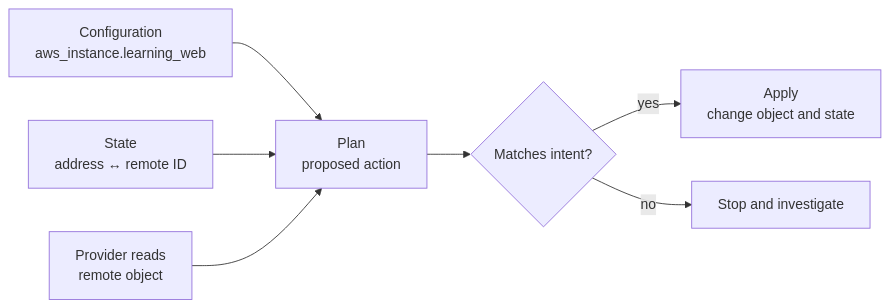
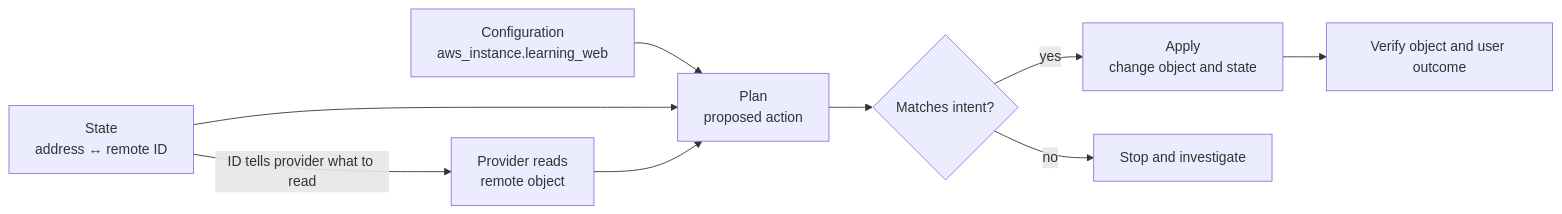
The diagram in knowledge/terraform/fundamentals/state-management.md (David-A18/MY-humble-knowledge-for-everyone), drawn with Mermaid before and after one commit. The commit also changed other lines of this file and 4 other files, not shown here.

````diff
--- a/knowledge/terraform/fundamentals/state-management.md
+++ b/knowledge/terraform/fundamentals/state-management.md
@@ -82,9 +91,11 @@
 ```mermaid
 flowchart LR
   cfg["Configuration<br/>aws_instance.learning_web"] --> plan["Plan<br/>proposed action"]
   state["State<br/>address ↔ remote ID"] --> plan
+  state -- "ID tells provider what to read" --> remote
   remote["Provider reads<br/>remote object"] --> plan
   plan --> review{"Matches intent?"}
   review -- "yes" --> apply["Apply<br/>change object and state"]
   review -- "no" --> fix["Stop and investigate"]
+  apply --> verify["Verify object and user outcome"]
 ```
````
